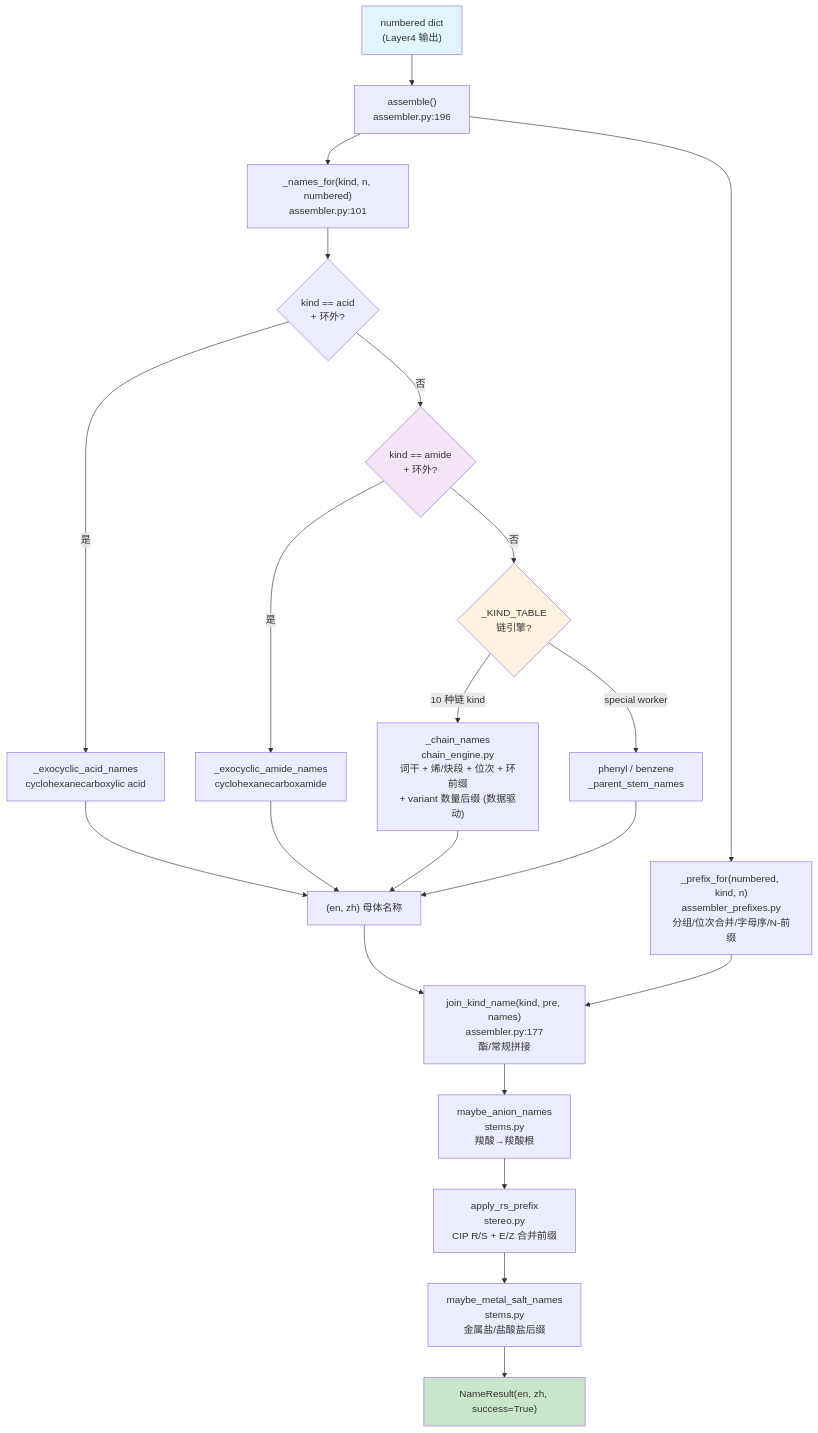
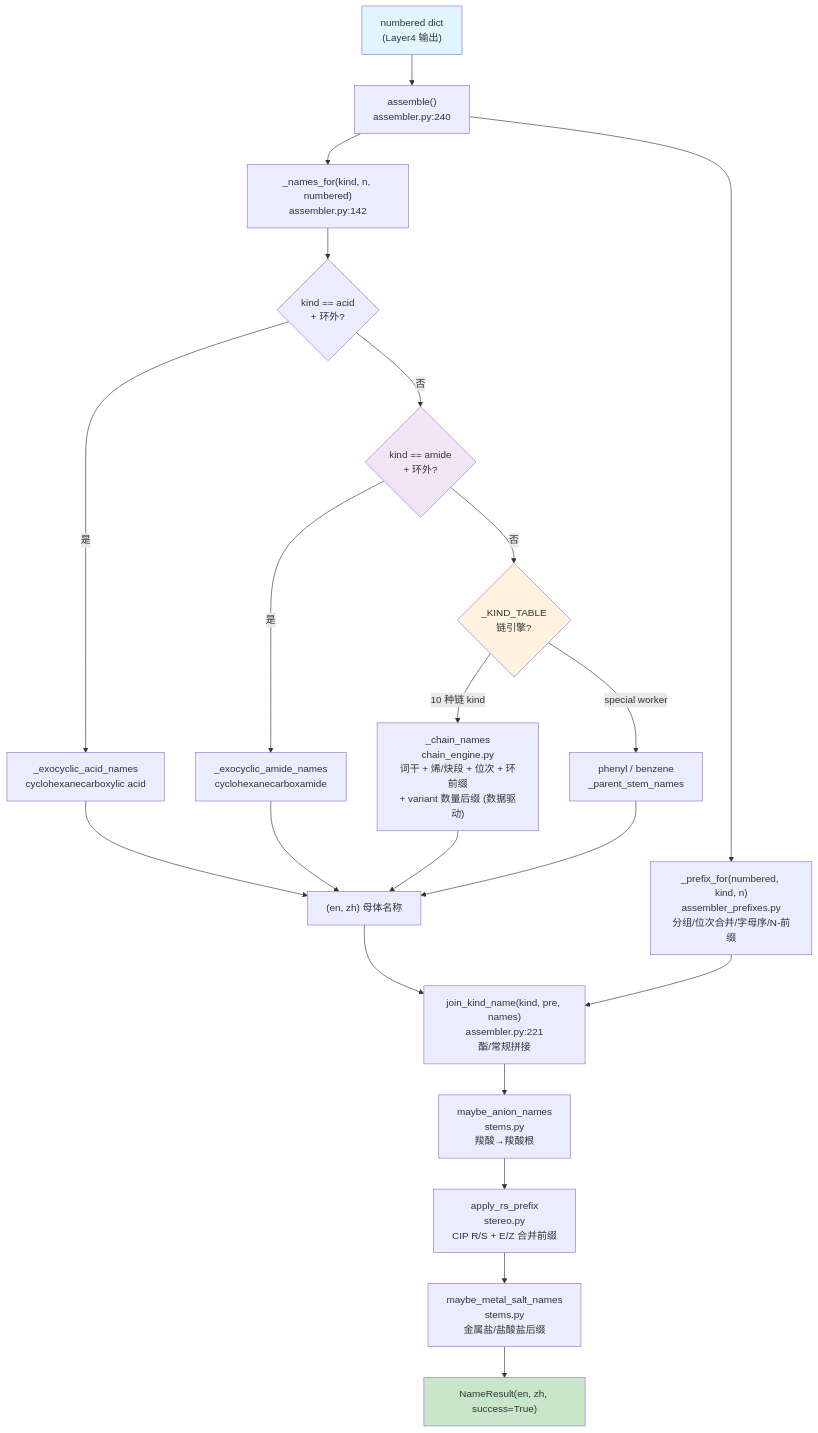
The diagram in docs/wiki/architecture/layer5-name-assembly.md (zouxiaofei1/OpenSMILES), drawn with Mermaid before and after one commit. The commit also changed other lines of this file and 12 other files, not shown here.

````diff
--- a/docs/wiki/architecture/layer5-name-assembly.md
+++ b/docs/wiki/architecture/layer5-name-assembly.md
@@ -168,34 +171,34 @@
 ```mermaid
 flowchart TD
-    NUMBERED["numbered dict\n(Layer4 输出)"] --> ASSEMBLE["assemble()\nassembler.py:196"]
+    NUMBERED["numbered dict\n(Layer4 输出)"] --> ASSEMBLE["assemble()\nassembler.py:240"]
 
-    ASSEMBLE --> NAMES_FOR["_names_for(kind, n, numbered)\nassembler.py:101"]
+    ASSEMBLE --> NAMES_FOR["_names_for(kind, n, numbered)\nassembler.py:142"]
 
     NAMES_FOR --> EXO_ACID{"kind == acid\n+ 环外?"}
     EXO_ACID -->|"是"| EXOACID["_exocyclic_acid_names\ncyclohexanecarboxylic acid"]
     EXO_ACID -->|"否"| EXO_AMIDE{"kind == amide\n+ 环外?"}
     EXO_AMIDE -->|"是"| EXOAMIDE["_exocyclic_amide_names\ncyclohexanecarboxamide"]
     EXO_AMIDE -->|"否"| CHAIN{"_KIND_TABLE\n链引擎?"}
     CHAIN -->|"10 种链 kind"| ENG["_chain_names\nchain_engine.py\n词干 + 烯/炔段 + 位次 + 环前缀\n+ variant 数量后缀 (数据驱动)"]
     CHAIN -->|"special worker"| WORKER["phenyl / benzene\n_parent_stem_names"]
 
     ENG --> PARENT_NAME["(en, zh) 母体名称"]
     WORKER --> PARENT_NAME
     EXOACID --> PARENT_NAME
     EXOAMIDE --> PARENT_NAME
 
     ASSEMBLE --> PREFIX["_prefix_for(numbered, kind, n)\nassembler_prefixes.py\n分组/位次合并/字母序/N-前缀"]
 
-    PARENT_NAME --> JOIN["join_kind_name(kind, pre, names)\nassembler.py:177\n酯/常规拼接"]
+    PARENT_NAME --> JOIN["join_kind_name(kind, pre, names)\nassembler.py:221\n酯/常规拼接"]
     PREFIX --> JOIN
 
     JOIN --> ANION["maybe_anion_names\nstems.py\n羧酸→羧酸根"]
     ANION --> RS["apply_rs_prefix\nstereo.py\nCIP R/S + E/Z 合并前缀"]
     RS --> SALT["maybe_metal_salt_names\nstems.py\n金属盐/盐酸盐后缀"]
     SALT --> RESULT["NameResult(en, zh, success=True)"]
 
     style NUMBERED fill:#e1f5fe
     style RESULT fill:#c8e6c9
     style CHAIN fill:#fff3e0
     style EXO_AMIDE fill:#f3e5f5
 ```
````
